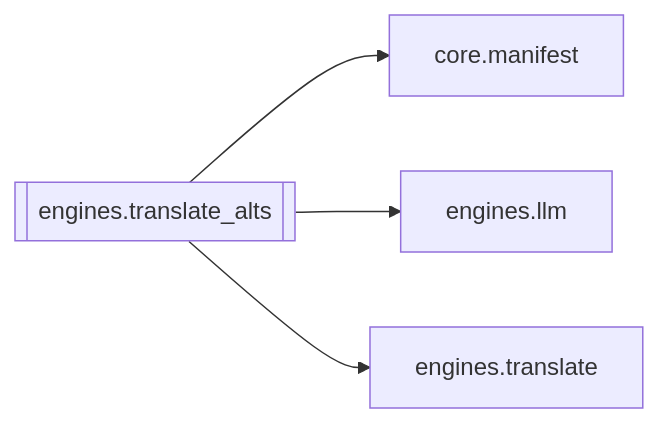
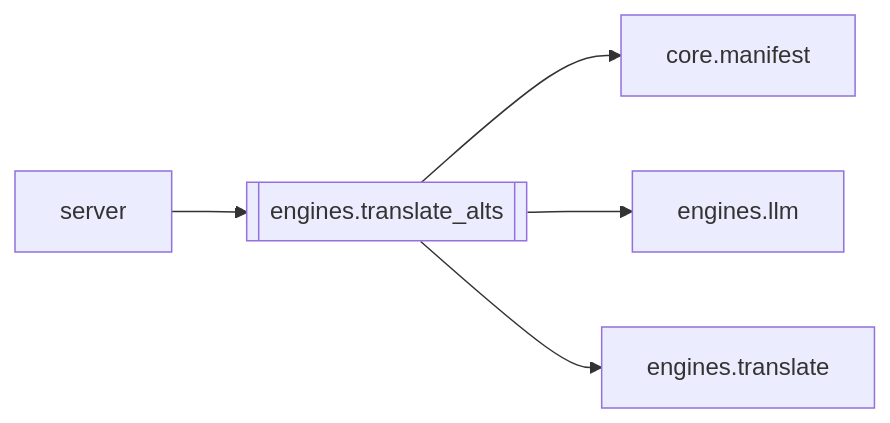
One commit to kjza178/PinelineV5 changed the diagram in docs/brain/modules/engines.translate_alts.md. Above: the diagram before and after it, drawn with Mermaid. The commit also changed other lines of this file and 227 other files, not shown here.

````diff
--- a/docs/brain/modules/engines.translate_alts.md
+++ b/docs/brain/modules/engines.translate_alts.md
@@ -17,7 +17,8 @@
 ```mermaid
 flowchart LR
   engines_translate_alts[[engines.translate_alts]]
+  server[server] --> engines_translate_alts
   engines_translate_alts --> core_manifest[core.manifest]
   engines_translate_alts --> engines_llm[engines.llm]
   engines_translate_alts --> engines_translate[engines.translate]
 ```
````
